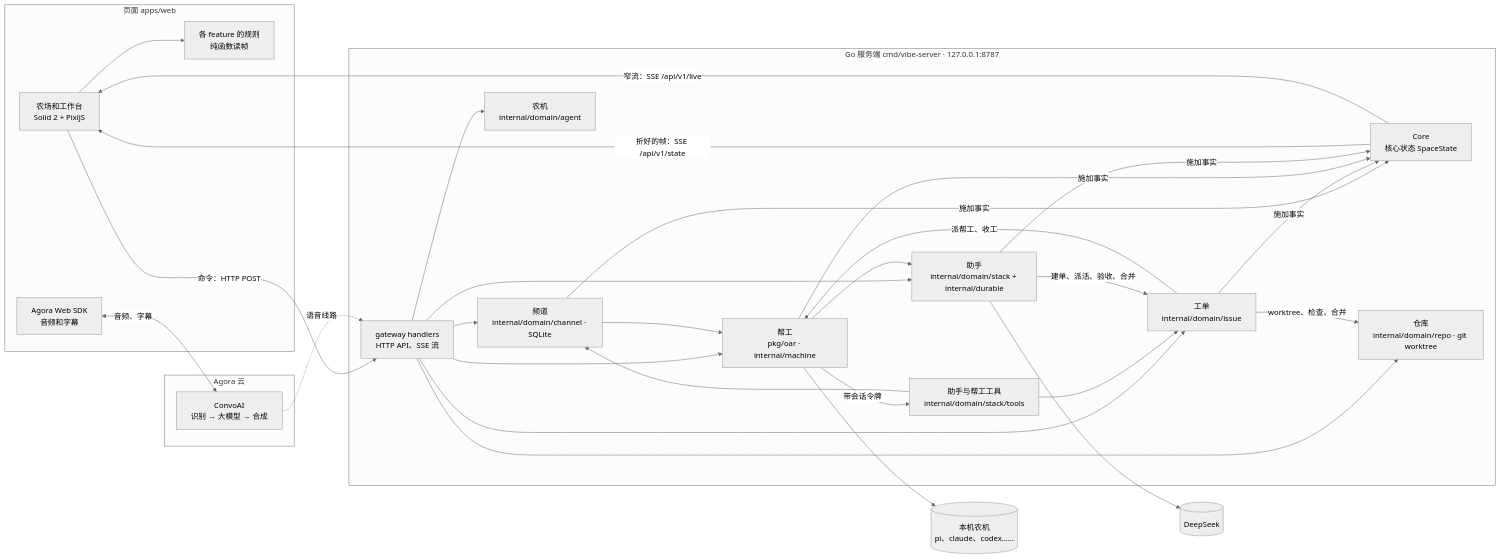
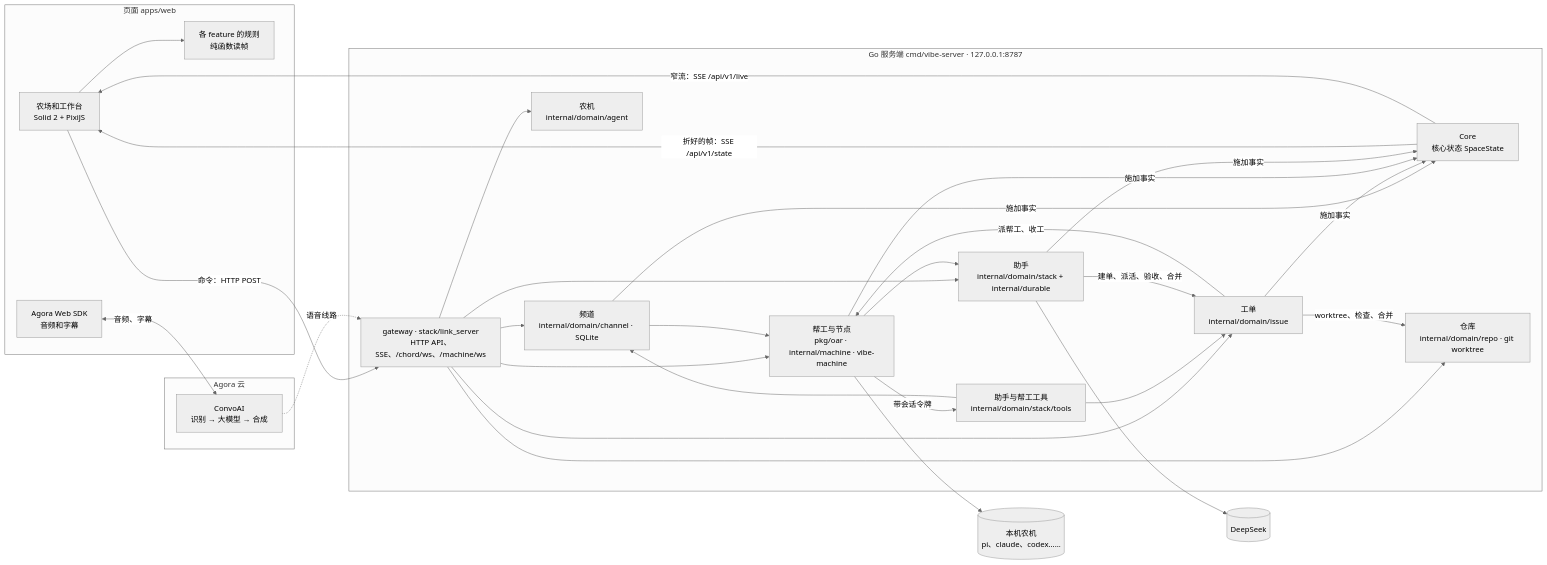
One commit to vibevalleyhq/vibevalley changed the diagram in docs/architecture.md. Above: the diagram before and after it, drawn with Mermaid (neutral theme). The commit also changed other lines of this file and 28 other files, not shown here.

Commit message:
docs: settle Go architecture notes into subsystem docs and desktop acceptance guide

````diff
--- a/docs/architecture.md
+++ b/docs/architecture.md
@@ -5,45 +5,45 @@
 ```mermaid
 flowchart LR
   subgraph Page[页面 apps/web]
     UI[农场和工作台<br/>Solid 2 + PixiJS]
     RULES[各 feature 的规则<br/>纯函数读帧]
     RTC[Agora Web SDK<br/>音频和字幕]
   end
 
   subgraph Server[Go 服务端 cmd/vibe-server · 127.0.0.1:8787]
-    API[gateway handlers<br/>HTTP API、SSE 流]
+    API[gateway · stack/link_server<br/>HTTP API、SSE、/chord/ws、/machine/ws]
     SITE[Core<br/>核心状态 SpaceState]
     FM[助手<br/>internal/domain/stack + internal/durable]
     CHAT[频道<br/>internal/domain/channel · SQLite]
     TK[工单<br/>internal/domain/issue]
-    CREW[帮工<br/>pkg/oar · internal/machine]
+    CREW[帮工与节点<br/>pkg/oar · internal/machine · vibe-machine]
     PRJ[仓库<br/>internal/domain/repo · git worktree]
     RT[农机<br/>internal/domain/agent]
     MCP[助手与帮工工具<br/>internal/domain/stack/tools]
   end
 
   subgraph Agora[Agora 云]
     CAI[ConvoAI<br/>识别 → 大模型 → 合成]
   end
 
   AGENTS[(本机农机<br/>pi、claude、codex……)]
   DS[(DeepSeek)]
 
   UI --> RULES
   UI -->|命令：HTTP POST| API
   SITE -->|折好的帧：SSE /api/v1/state| UI
   SITE -->|窄流：SSE /api/v1/live| UI
   API --> CHAT & FM & TK & CREW & PRJ & RT
   CHAT --> CREW
   CREW --> FM
   CREW -->|带会话令牌| MCP
   MCP --> CHAT & TK
   FM -->|建单、派活、验收、合并| TK
   TK -->|派帮工、收工| CREW
   TK -->|worktree、检查、合并| PRJ
   CREW --> AGENTS
   FM --> DS
   CHAT & TK & CREW & FM -->|施加事实| SITE
   RTC <-->|音频、字幕| CAI
   CAI -.->|语音线路| API
 ```
````
